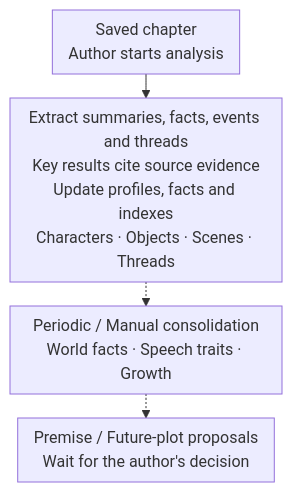
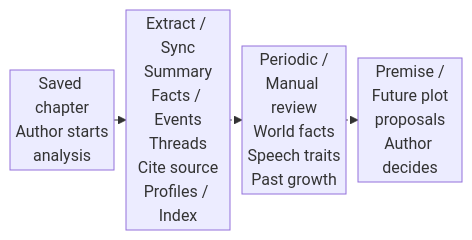
The fourth of 18 diagrams in README.en.md (GTJasonMK/A4N), drawn with Mermaid before and after one commit. The commit also changed other lines of this file and 2 other files, not shown here.

````diff
--- a/README.en.md
+++ b/README.en.md
@@ -124,12 +124,12 @@
 ```mermaid
 ---
 config:
-  flowchart: { nodeSpacing: 20, rankSpacing: 24, padding: 8, wrappingWidth: 240 }
+  flowchart: { nodeSpacing: 16, rankSpacing: 12, padding: 2, wrappingWidth: 96 }
 ---
-flowchart TB
+flowchart LR
   accTitle: Chapter analysis and accumulated story knowledge
   accDescr: The author starts analysis of saved text. Extracted summaries, facts, events and threads retain source evidence and update profiles, facts and retrieval indexes. Less frequent knowledge is consolidated periodically or manually and may produce author-reviewed future-plot proposals.
-  chapter["Saved chapter<br/>Author starts analysis"] --> material["Extract summaries, facts, events and threads<br/>Key results cite source evidence<br/>Update profiles, facts and indexes<br/>Characters · Objects · Scenes · Threads"]
-  material -.-> consolidate["Periodic / Manual consolidation<br/>World facts · Speech traits · Growth"]
-  consolidate -.-> suggestions["Premise / Future-plot proposals<br/>Wait for the author's decision"]
+  chapter["Saved chapter<br/>Author starts<br/>analysis"] --> material["Extract / Sync<br/>Summary<br/>Facts / Events<br/>Threads<br/>Cite source<br/>Profiles / Index"]
+  material -.-> consolidate["Periodic /<br/>Manual review<br/>World facts<br/>Speech traits<br/>Past growth"]
+  consolidate -.-> suggestions["Premise /<br/>Future plot<br/>proposals<br/>Author decides"]
 ```
````
